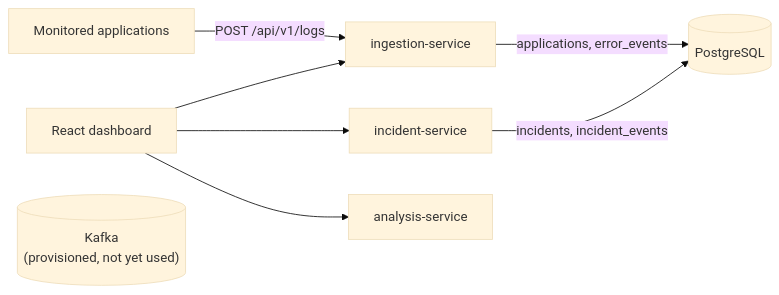
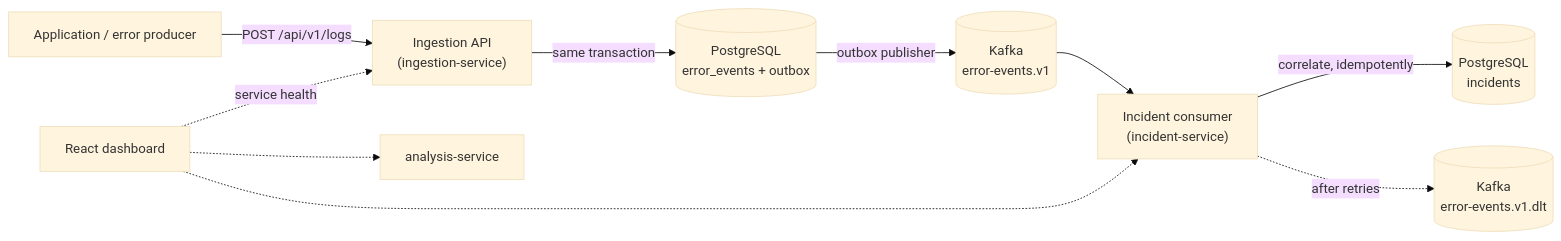
Before and after one commit to rciripireddy/ai-software-debugging-root-cause-platform: the diagram in README.md, drawn with Mermaid (base theme). The commit also changed other lines of this file and 70 other files, not shown here.

Commit message:
feat: add Kafka event streaming and incident correlation

````diff
--- a/README.md
+++ b/README.md
@@ -43,10 +51,12 @@
 ```mermaid
 flowchart LR
-    apps["Monitored applications"] -->|"POST /api/v1/logs"| ingestion["ingestion-service"]
-    ingestion -->|"applications, error_events"| db[("PostgreSQL")]
-    incident["incident-service"] -->|"incidents, incident_events"| db
-    ui["React dashboard"] --> ingestion
-    ui --> incident
-    ui --> analysis["analysis-service"]
-    kafka[("Kafka<br/>(provisioned, not yet used)")]
+    apps["Application / error producer"] -->|"POST /api/v1/logs"| ingestion["Ingestion API<br/>(ingestion-service)"]
+    ingestion -->|"same transaction"| store[("PostgreSQL<br/>error_events + outbox")]
+    store -->|"outbox publisher"| kafka[("Kafka<br/>error-events.v1")]
+    kafka --> consumer["Incident consumer<br/>(incident-service)"]
+    consumer -->|"correlate, idempotently"| incidents[("PostgreSQL<br/>incidents")]
+    consumer -.->|"after retries"| dlt[("Kafka<br/>error-events.v1.dlt")]
+    ui["React dashboard"] -.->|"service health"| ingestion
+    ui -.-> consumer
+    ui -.-> analysis["analysis-service"]
 ```
````
